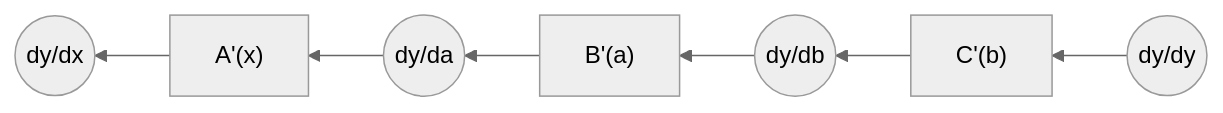
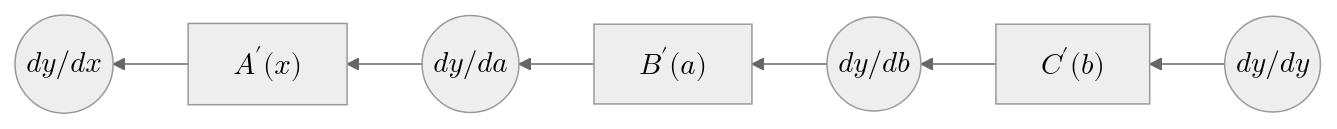
One commit to chitono/StuCrs changed the sixth of 7 diagrams in docs/book-basic/src/Aut_dif_realnumber/bibun_jissou_zidou.md. Above: the diagram before and after it, drawn with Mermaid (neutral theme). The commit also changed other lines of this file, not shown here.

Commit message:
数式の文字latexで改善

````diff
--- a/docs/book-basic/src/Aut_dif_realnumber/bibun_jissou_zidou.md
+++ b/docs/book-basic/src/Aut_dif_realnumber/bibun_jissou_zidou.md
@@ -261,9 +263,9 @@
 ```mermaid
 graph RL
- A(("dy/dy")) --> B["C'(b)"]
- B --> C(("dy/db"))
- C --> D["B'(a)"]
- D --> E(("dy/da"))
- E --> F["A'(x)"]
- F --> G(("dy/dx"))
+ A(("$$dy/dy$$")) --> B["$$C'(b)$$"]
+ B --> C(("$$dy/db$$"))
+ C --> D["$$B'(a)$$"]
+ D --> E(("$$dy/da$$"))
+ E --> F["$$A'(x)$$"]
+ F --> G(("$$dy/dx$$"))
 ```
````
